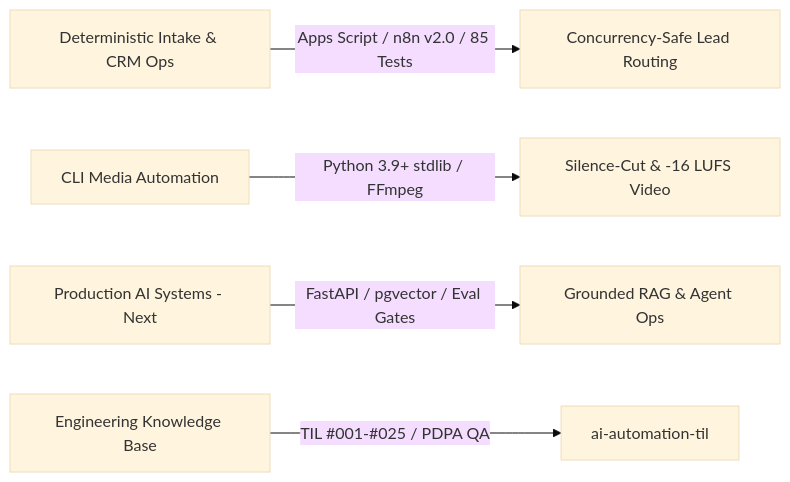
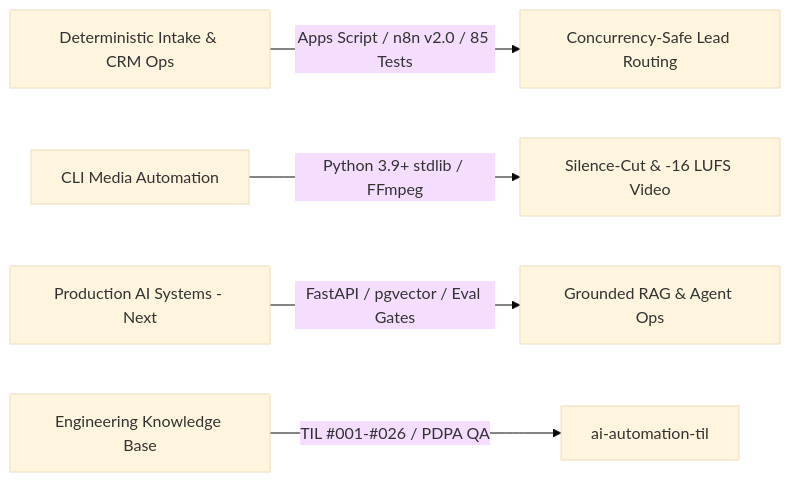
The diagram in README.md (ApecSinlapachai/ApecSinlapachai), drawn with Mermaid (base theme) before and after one commit. The commit also changed other lines of this file, not shown here.

Commit message:
docs: add enterprise-rag-ops-copilot & sync TIL #001-#026

````diff
--- a/README.md
+++ b/README.md
@@ -41,7 +42,7 @@
 ```mermaid
 flowchart LR
     A[Deterministic Intake & CRM Ops] -->|Apps Script / n8n v2.0 / 85 Tests| B[Concurrency-Safe Lead Routing]
     C[CLI Media Automation] -->|Python 3.9+ stdlib / FFmpeg| D[Silence-Cut & -16 LUFS Video]
     E[Production AI Systems - Next] -->|FastAPI / pgvector / Eval Gates| F[Grounded RAG & Agent Ops]
-    G[Engineering Knowledge Base] -->|TIL #001-#025 / PDPA QA| H[ai-automation-til]
+    G[Engineering Knowledge Base] -->|TIL #001-#026 / PDPA QA| H[ai-automation-til]
 ```
````
